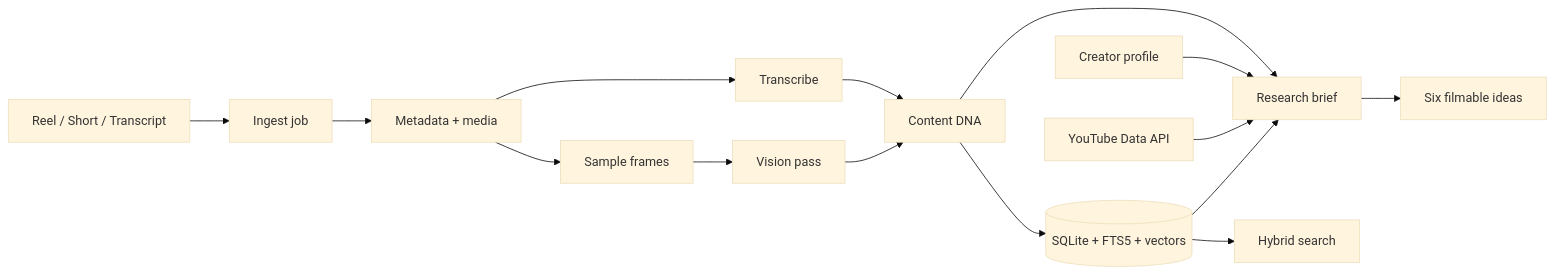
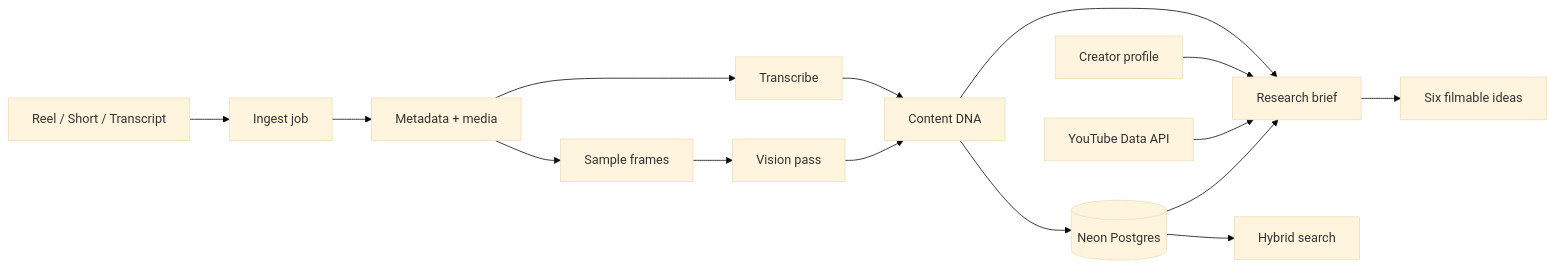
One commit to subhraneel2005/Reelprint changed the diagram in README.md. Above: the diagram before and after it, drawn with Mermaid (base theme). The commit also changed other lines of this file and 2 other files, not shown here.

First line of the commit message:
docs(deploy): document Neon Postgres and container setup

````diff
--- a/README.md
+++ b/README.md
@@ -100,17 +66,17 @@
 ```mermaid
 flowchart LR
   A[Reel / Short / Transcript] --> B[Ingest job]
   B --> C[Metadata + media]
   C --> D[Transcribe]
   C --> E[Sample frames]
   E --> F[Vision pass]
   D --> G[Content DNA]
   F --> G
-  G --> H[(SQLite + FTS5 + vectors)]
+  G --> H[(Neon Postgres)]
   G --> I[Research brief]
   L[Creator profile] --> I
   M[YouTube Data API] --> I
   H --> J[Hybrid search]
   H --> I
   I --> K[Six filmable ideas]
 ```
````
